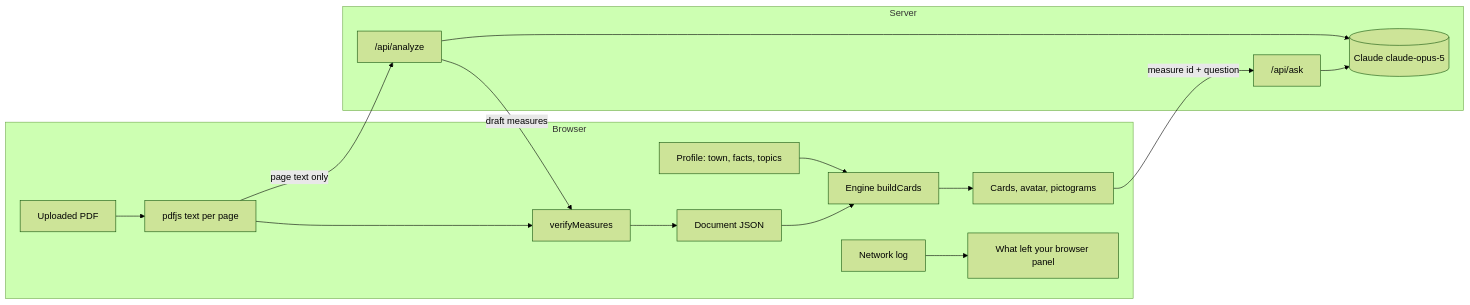
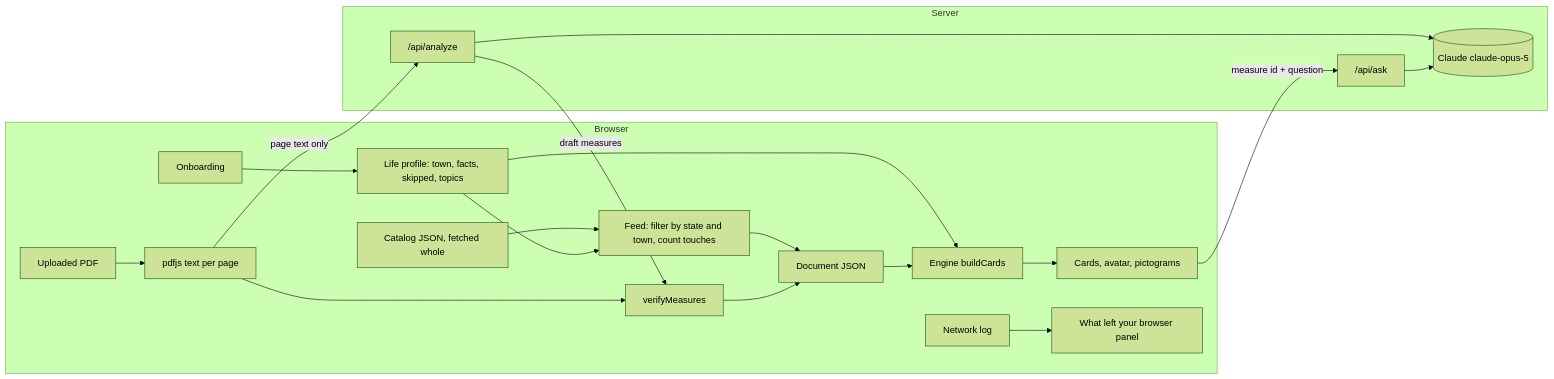
The diagram in .kiro/specs/nine/design.md (Kngq/Legible), drawn with Mermaid (forest theme) before and after one commit. The commit also changed other lines of this file and 3 other files, not shown here.

First line of the commit message:
Reframe spec as a town-and-state decisions platform: onboarding, catalog feed, reliability layer, chat dock

````diff
--- a/.kiro/specs/nine/design.md
+++ b/.kiro/specs/nine/design.md
@@ -14,19 +14,23 @@
 ```mermaid
 flowchart LR
   subgraph Browser
-    P[Profile: town, facts, topics] --> E[Engine buildCards]
-    D[Document JSON] --> E
+    O[Onboarding] --> P[Life profile: town, facts, skipped, topics]
+    CAT[Catalog JSON, fetched whole] --> F[Feed: filter by state and town, count touches]
+    P --> F
+    F --> D[Document JSON]
+    P --> E[Engine buildCards]
+    D --> E
     E --> UI[Cards, avatar, pictograms]
     PDF[Uploaded PDF] --> X[pdfjs text per page]
     X --> V[verifyMeasures]
     NL[Network log] --> PRIV[What left your browser panel]
   end
   subgraph Server
     A["/api/analyze"] --> C[(Claude claude-opus-5)]
     Q["/api/ask"] --> C
   end
   X -- page text only --> A
   A -- draft measures --> V
   V --> D
   UI -- measure id + question --> Q
 ```
````
